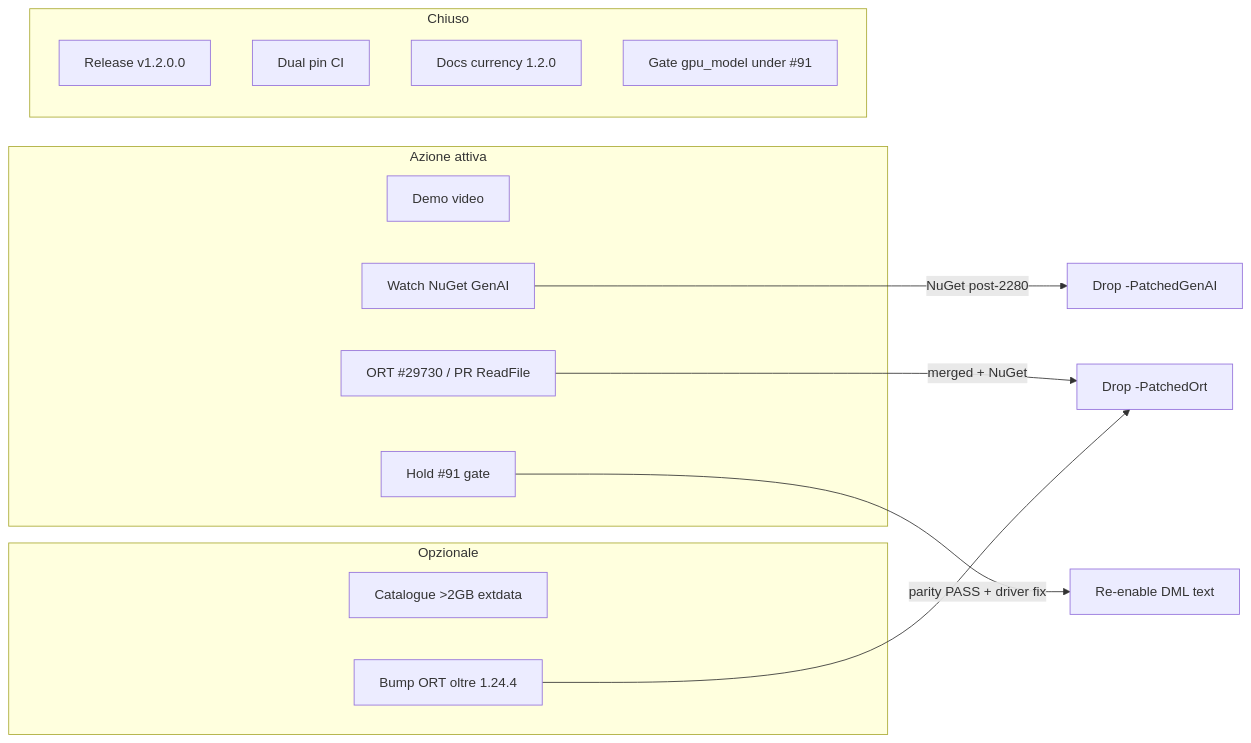
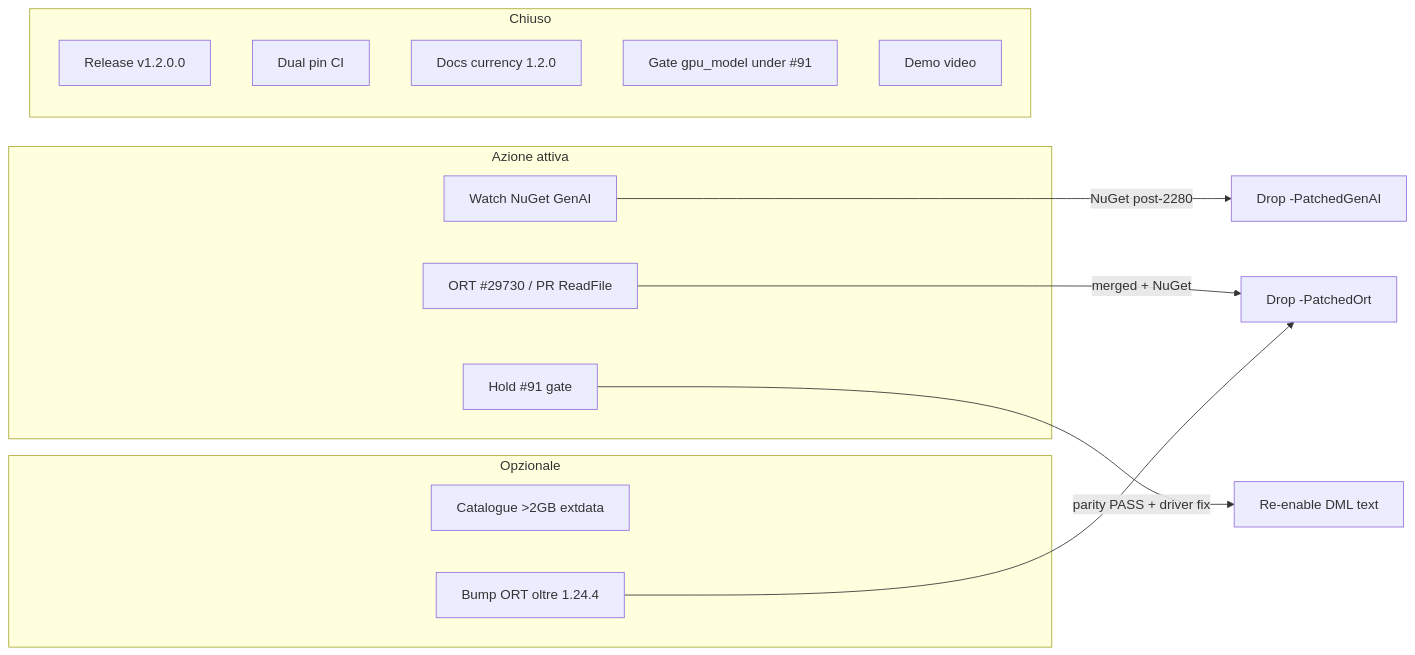
One commit to gianlucamazza/xllama changed the diagram in docs/vendor-lifecycle-plan.md. Above: the diagram before and after it, drawn with Mermaid. The commit also changed other lines of this file and 8 other files, not shown here.

First line of the commit message:
feat: Phase 6 demo video on console + release asset

````diff
--- a/docs/vendor-lifecycle-plan.md
+++ b/docs/vendor-lifecycle-plan.md
@@ -28,23 +28,23 @@
 ```mermaid
 flowchart LR
   subgraph active [Azione attiva]
-    A1[Demo video]
     A2[Watch NuGet GenAI]
     A3[ORT #29730 / PR ReadFile]
     A4[Hold #91 gate]
   end
   subgraph optional [Opzionale]
     B1[Catalogue >2GB extdata]
     B2[Bump ORT oltre 1.24.4]
   end
   subgraph done [Chiuso]
     C0[Release v1.2.0.0]
     C1[Dual pin CI]
     C2[Docs currency 1.2.0]
     C3[Gate gpu_model under #91]
+    C4[Demo video]
   end
   A2 -->|NuGet post-2280| DropGenAI[Drop -PatchedGenAI]
   A3 -->|merged + NuGet| DropOrt[Drop -PatchedOrt]
   B2 --> DropOrt
   A4 -->|parity PASS + driver fix| DmlText[Re-enable DML text]
 ```
````
